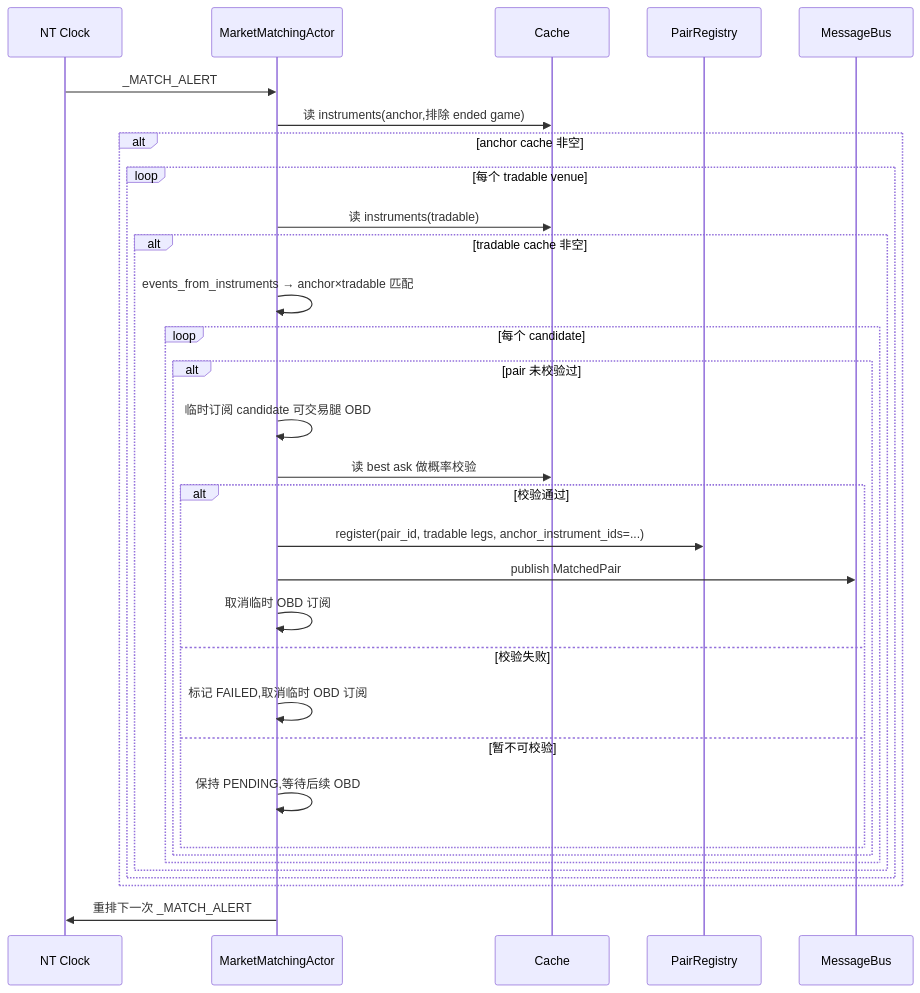
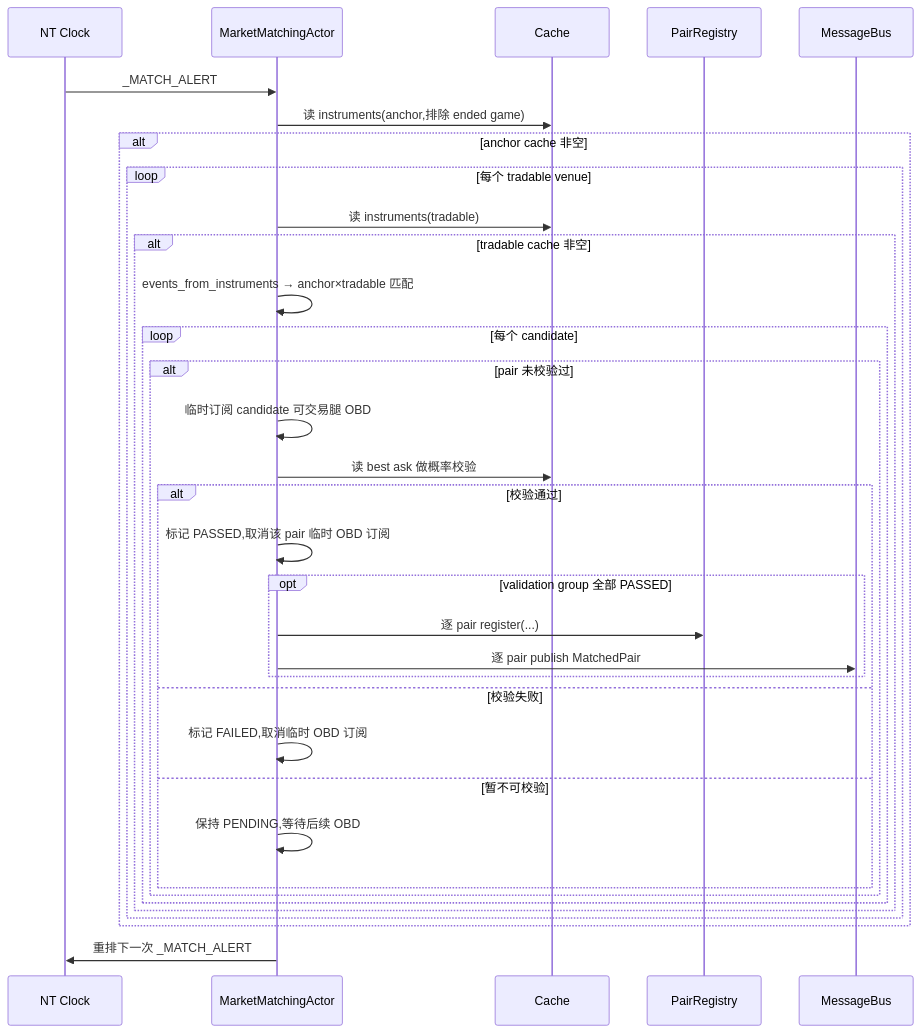
One commit to psnewer/nautilus_trader changed the second of 2 diagrams in docs/arbitrage/architectures/matching/architecture.md. Above: the diagram before and after it, drawn with Mermaid. The commit also changed other lines of this file and 27 other files, not shown here.

````diff
--- a/docs/arbitrage/architectures/matching/architecture.md
+++ b/docs/arbitrage/architectures/matching/architecture.md
@@ -312,35 +314,37 @@
 ```mermaid
 sequenceDiagram
   participant CLK as NT Clock
   participant MA as MarketMatchingActor
   participant CA as Cache
   participant PR as PairRegistry
   participant MB as MessageBus
 
   CLK->>MA: _MATCH_ALERT
   MA->>CA: 读 instruments(anchor,排除 ended game)
   alt anchor cache 非空
     loop 每个 tradable venue
       MA->>CA: 读 instruments(tradable)
       alt tradable cache 非空
         MA->>MA: events_from_instruments → anchor×tradable 匹配
         loop 每个 candidate
           alt pair 未校验过
             MA->>MA: 临时订阅 candidate 可交易腿 OBD
             MA->>CA: 读 best ask 做概率校验
             alt 校验通过
-              MA->>PR: register(pair_id, tradable legs, anchor_instrument_ids=...)
-              MA->>MB: publish MatchedPair
-              MA->>MA: 取消临时 OBD 订阅
+              MA->>MA: 标记 PASSED,取消该 pair 临时 OBD 订阅
+              opt validation group 全部 PASSED
+                MA->>PR: 逐 pair register(...)
+                MA->>MB: 逐 pair publish MatchedPair
+              end
             else 校验失败
               MA->>MA: 标记 FAILED,取消临时 OBD 订阅
             else 暂不可校验
               MA->>MA: 保持 PENDING,等待后续 OBD
             end
           end
         end
       end
     end
   end
   MA->>CLK: 重排下一次 _MATCH_ALERT
 ```
````
